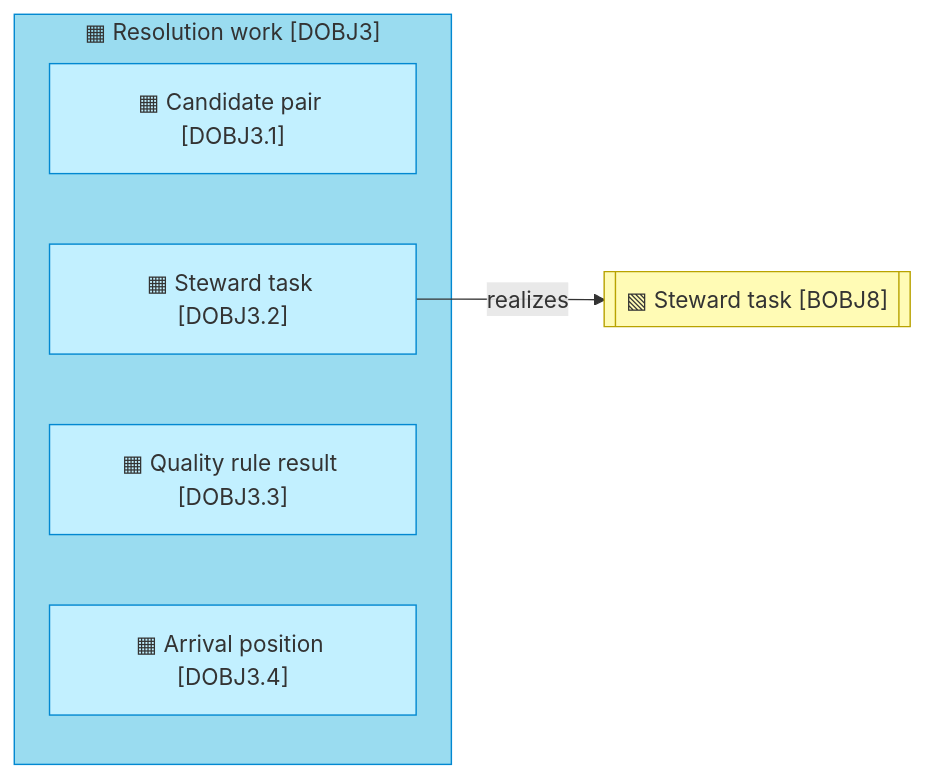
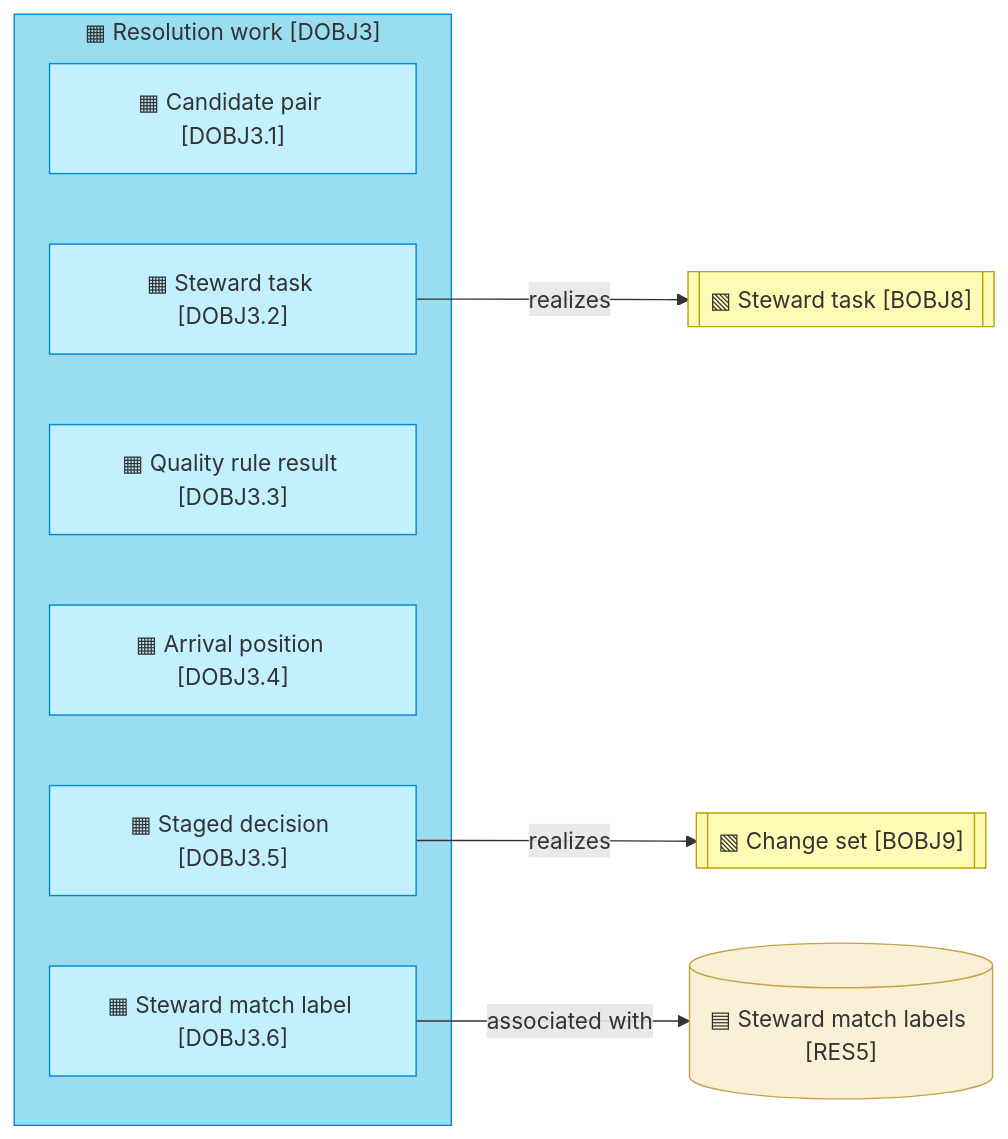
Before and after one commit to roanboc/dbx-master-data-manager: the third of 5 diagrams in architecture/3_information/2_data-objects.md, drawn with Mermaid. The commit also changed other lines of this file and 43 other files, not shown here.

````diff
--- a/architecture/3_information/2_data-objects.md
+++ b/architecture/3_information/2_data-objects.md
@@ -75,16 +75,23 @@
 ```mermaid
 flowchart LR
   subgraph dobj3["▦ Resolution work [DOBJ3]"]
     dobj3_1["▦ Candidate pair [DOBJ3.1]"]:::object
     dobj3_2["▦ Steward task [DOBJ3.2]"]:::object
     dobj3_3["▦ Quality rule result [DOBJ3.3]"]:::object
     dobj3_4["▦ Arrival position [DOBJ3.4]"]:::object
+    dobj3_5["▦ Staged decision [DOBJ3.5]"]:::object
+    dobj3_6["▦ Steward match label [DOBJ3.6]"]:::object
   end
   bobj8[["▧ Steward task [BOBJ8]"]]:::business
+  bobj9[["▧ Change set [BOBJ9]"]]:::business
+  res5[("▤ Steward match labels [RES5]")]:::resource
 
   dobj3_2 -->|realizes| bobj8
+  dobj3_5 -->|realizes| bobj9
+  dobj3_6 -->|associated with| res5
 
   classDef object fill:#c2f0ff,stroke:#0288d1,color:#333
   classDef business fill:#fffbb5,stroke:#b8a200,color:#333
+  classDef resource fill:#faf0d5,stroke:#c8a24a,color:#333
   style dobj3 fill:#9adcf0,stroke:#0288d1,color:#333
 ```
````
